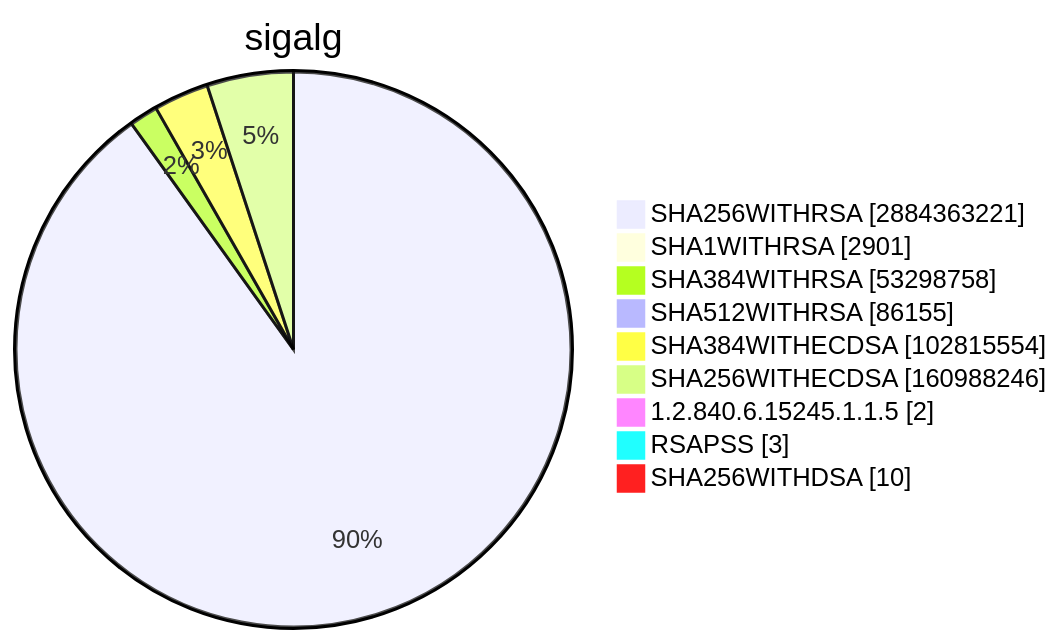
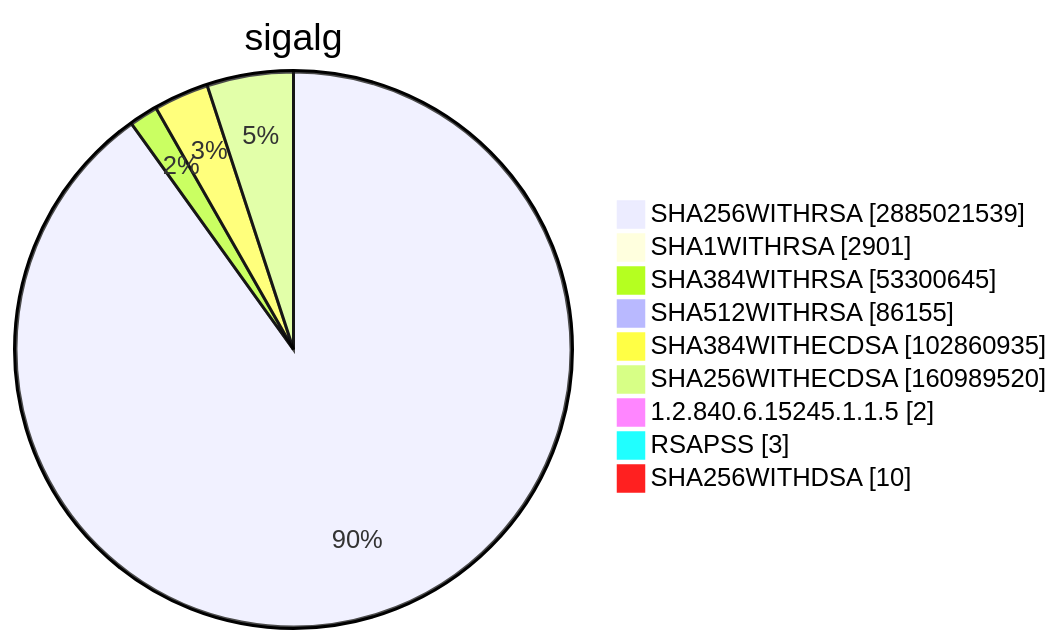
Before and after one commit to christiankrug/ctmonitor_visualization: diagram 15 of 15 in TOTAL/README.md, drawn with Mermaid. The commit also changed other lines of this file, not shown here.

````diff
--- a/TOTAL/README.md
+++ b/TOTAL/README.md
@@ -6207,13 +6207,13 @@
 ```mermaid
 pie showData
 title sigalg
-"SHA256WITHRSA" :2884363221
+"SHA256WITHRSA" :2885021539
 "SHA1WITHRSA" :2901
-"SHA384WITHRSA" :53298758
+"SHA384WITHRSA" :53300645
 "SHA512WITHRSA" :86155
-"SHA384WITHECDSA" :102815554
-"SHA256WITHECDSA" :160988246
+"SHA384WITHECDSA" :102860935
+"SHA256WITHECDSA" :160989520
 "1.2.840.6.15245.1.1.5" :2
 "RSAPSS" :3
 "SHA256WITHDSA" :10
 ```
````
